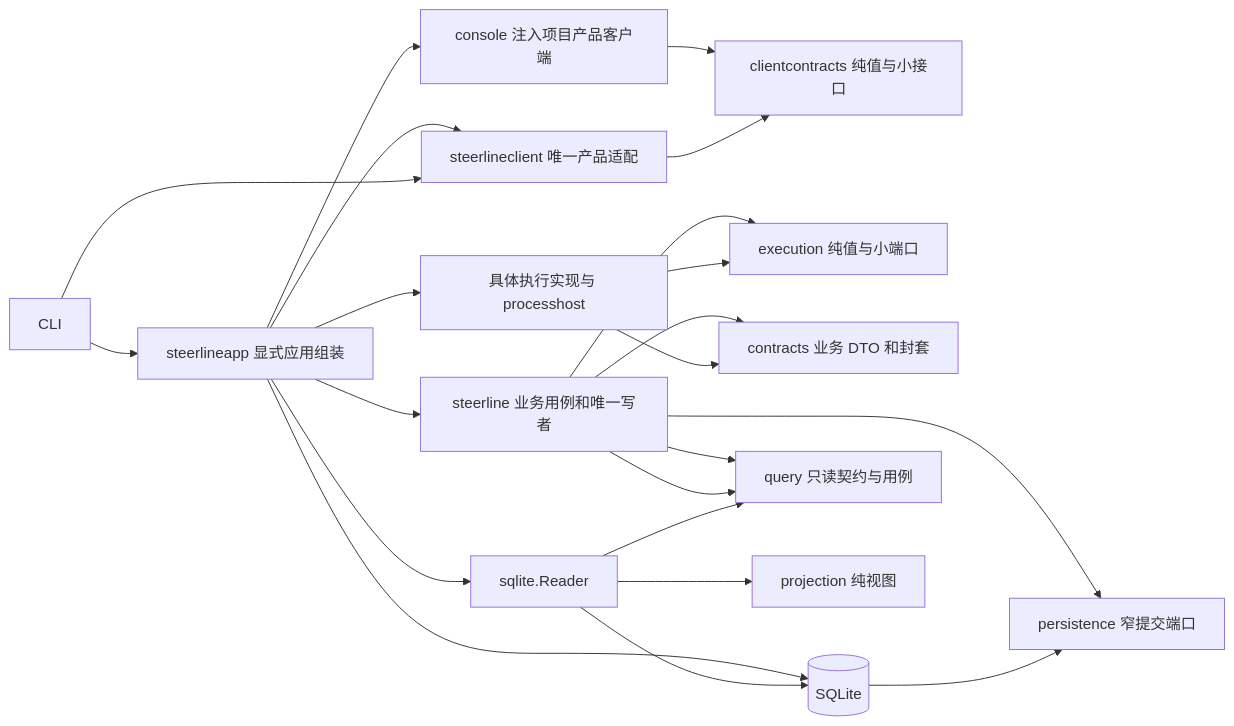
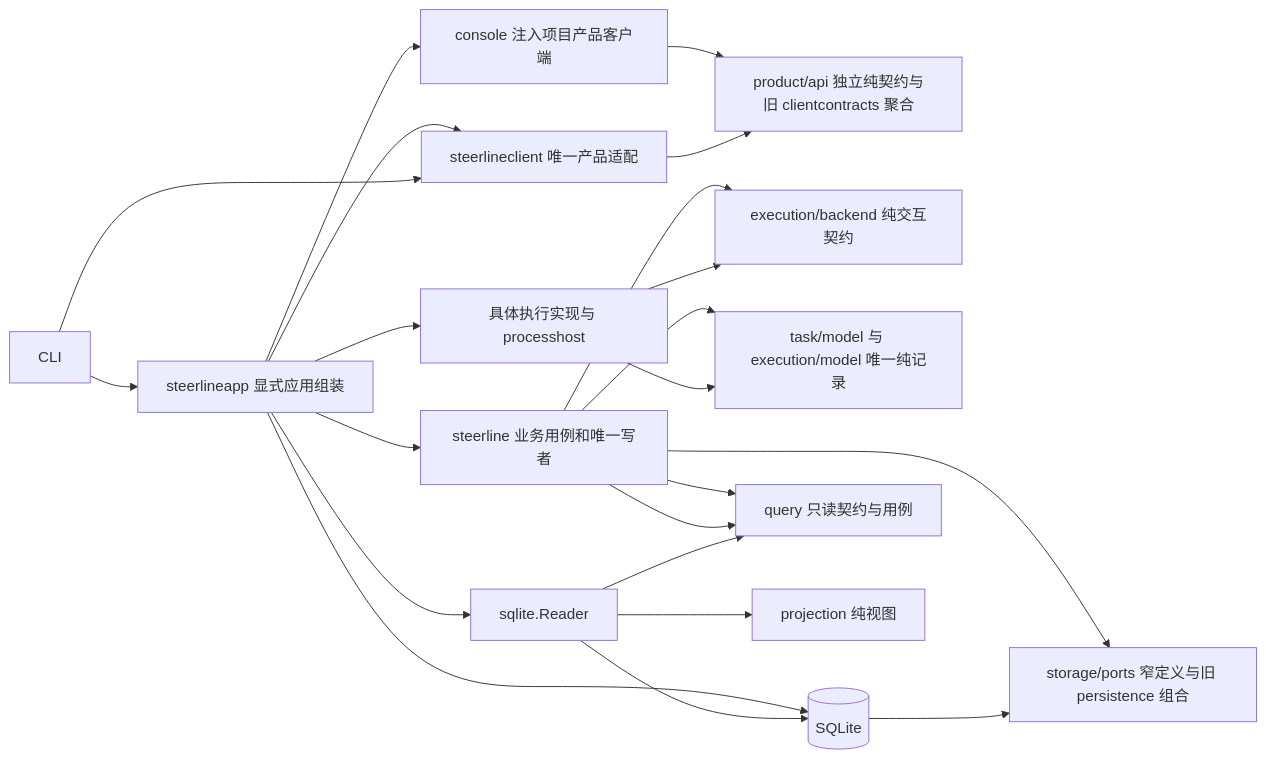
Before and after one commit to erranliu/SteerLine: the first of 2 diagrams in docs/architecture/current-code-architecture.md, drawn with Mermaid. The commit also changed other lines of this file and 553 other files, not shown here.

Commit message:
refactor: assign pure task execution and product contracts to owners

````diff
--- a/docs/architecture/current-code-architecture.md
+++ b/docs/architecture/current-code-architecture.md
@@ -9,24 +9,24 @@
 ```mermaid
 flowchart LR
     Entry[CLI] --> App[steerlineapp 显式应用组装]
     App --> UI[console 注入项目产品客户端]
     App --> Client[steerlineclient 唯一产品适配]
     Entry --> Client
     UI --> Product
-    Client --> Product[clientcontracts 纯值与小接口]
+    Client --> Product[product/api 独立纯契约与旧 clientcontracts 聚合]
     App --> Core[steerline 业务用例和唯一写者]
     App --> Impl[具体执行实现与 processhost]
-    Core --> Ports[execution 纯值与小端口]
-    Core --> Records[contracts 业务 DTO 和封套]
+    Core --> Ports[execution/backend 纯交互契约]
+    Core --> Records[task/model 与 execution/model 唯一纯记录]
     Impl --> Ports
     Impl --> Records
     App --> DB[(SQLite)]
-    Core --> Persistence[persistence 窄提交端口]
+    Core --> Persistence[storage/ports 窄定义与旧 persistence 组合]
     DB --> Persistence
     Core --> Query[query 只读契约与用例]
     App --> Reader[sqlite.Reader]
     Core --> Query
     Reader --> Query
     Reader --> DB
     Reader --> Projection[projection 纯视图]
 ```
````
